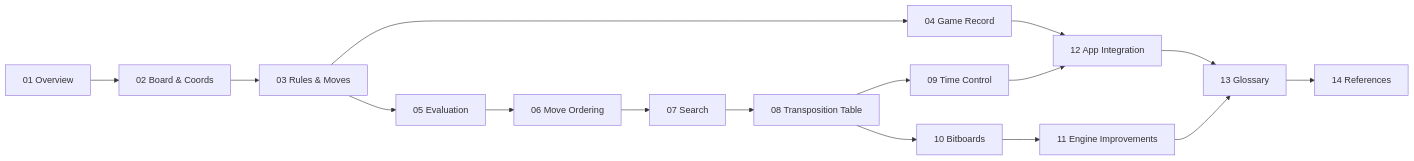
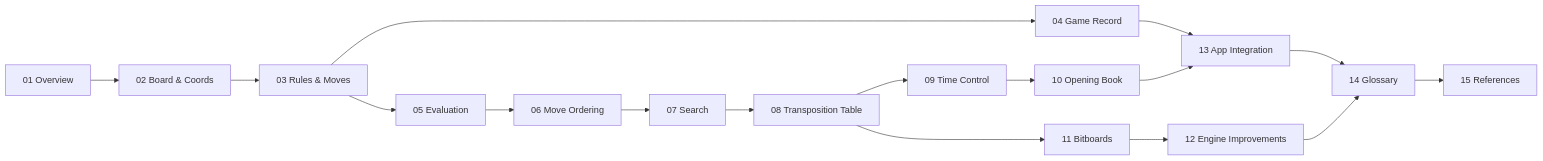
One commit to cjp-dev/Checkers changed the second of 2 diagrams in docs/brain/README.md. Above: the diagram before and after it, drawn with Mermaid. The commit also changed other lines of this file and 13 other files, not shown here.

````diff
--- a/docs/brain/README.md
+++ b/docs/brain/README.md
@@ -72,18 +73,19 @@
 ```mermaid
 flowchart LR
     C01["01 Overview"] --> C02["02 Board &amp; Coords"]
     C02 --> C03["03 Rules &amp; Moves"]
     C03 --> C04["04 Game Record"]
     C03 --> C05["05 Evaluation"]
     C05 --> C06["06 Move Ordering"]
     C06 --> C07["07 Search"]
     C07 --> C08["08 Transposition Table"]
     C08 --> C09["09 Time Control"]
-    C08 --> C10["10 Bitboards"]
-    C10 --> C11["11 Engine Improvements"]
-    C04 --> C12["12 App Integration"]
-    C09 --> C12
-    C11 --> C13["13 Glossary"]
-    C12 --> C13
-    C13 --> C14["14 References"]
+    C09 --> C10["10 Opening Book"]
+    C08 --> C11["11 Bitboards"]
+    C11 --> C12["12 Engine Improvements"]
+    C04 --> C13["13 App Integration"]
+    C10 --> C13
+    C12 --> C14["14 Glossary"]
+    C13 --> C14
+    C14 --> C15["15 References"]
 ```
````
